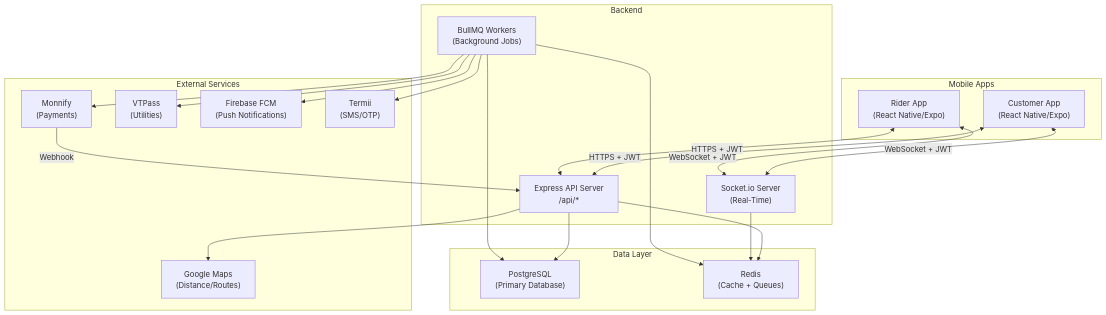
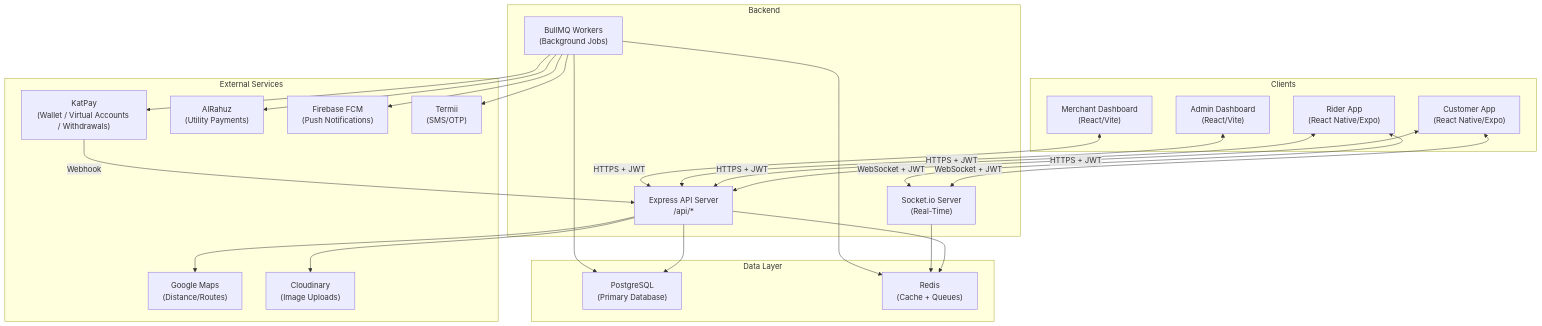
One commit to bishirtijjani/logistics changed the first of 5 diagrams in docs/ARCHITECTURE.md. Above: the diagram before and after it, drawn with Mermaid. The commit also changed other lines of this file and 162 other files, not shown here.

````diff
--- a/docs/ARCHITECTURE.md
+++ b/docs/ARCHITECTURE.md
@@ -5,45 +5,51 @@
 ```mermaid
 graph TB
-    subgraph Mobile Apps
+    subgraph Clients
         CA["Customer App<br/>(React Native/Expo)"]
         RA["Rider App<br/>(React Native/Expo)"]
+        AD["Admin Dashboard<br/>(React/Vite)"]
+        MD["Merchant Dashboard<br/>(React/Vite)"]
     end
 
     subgraph Backend
         API["Express API Server<br/>/api/*"]
         WS["Socket.io Server<br/>(Real-Time)"]
         BQ["BullMQ Workers<br/>(Background Jobs)"]
     end
 
     subgraph Data Layer
         PG["PostgreSQL<br/>(Primary Database)"]
         RD["Redis<br/>(Cache + Queues)"]
     end
 
     subgraph External Services
-        MN["Monnify<br/>(Payments)"]
-        VT["VTPass<br/>(Utilities)"]
+        KP["KatPay<br/>(Wallet / Virtual Accounts / Withdrawals)"]
+        AR["AlRahuz<br/>(Utility Payments)"]
         GM["Google Maps<br/>(Distance/Routes)"]
         FCM["Firebase FCM<br/>(Push Notifications)"]
         TM["Termii<br/>(SMS/OTP)"]
+        CL["Cloudinary<br/>(Image Uploads)"]
     end
 
     CA <-->|HTTPS + JWT| API
     CA <-->|WebSocket + JWT| WS
     RA <-->|HTTPS + JWT| API
     RA <-->|WebSocket + JWT| WS
+    AD <-->|HTTPS + JWT| API
+    MD <-->|HTTPS + JWT| API
 
     API --> PG
     API --> RD
     WS --> RD
     BQ --> PG
     BQ --> RD
 
-    BQ --> MN
-    BQ --> VT
+    BQ --> KP
+    BQ --> AR
     BQ --> FCM
     BQ --> TM
     API --> GM
+    API --> CL
 
-    MN -->|Webhook| API
+    KP -->|Webhook| API
 ```
````
